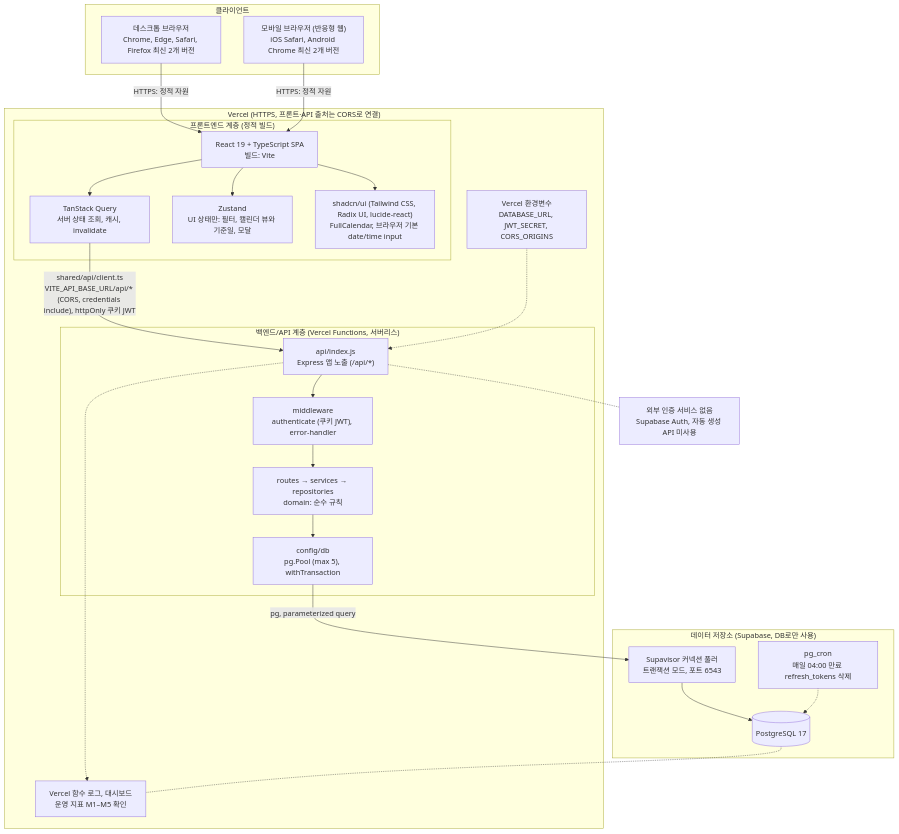
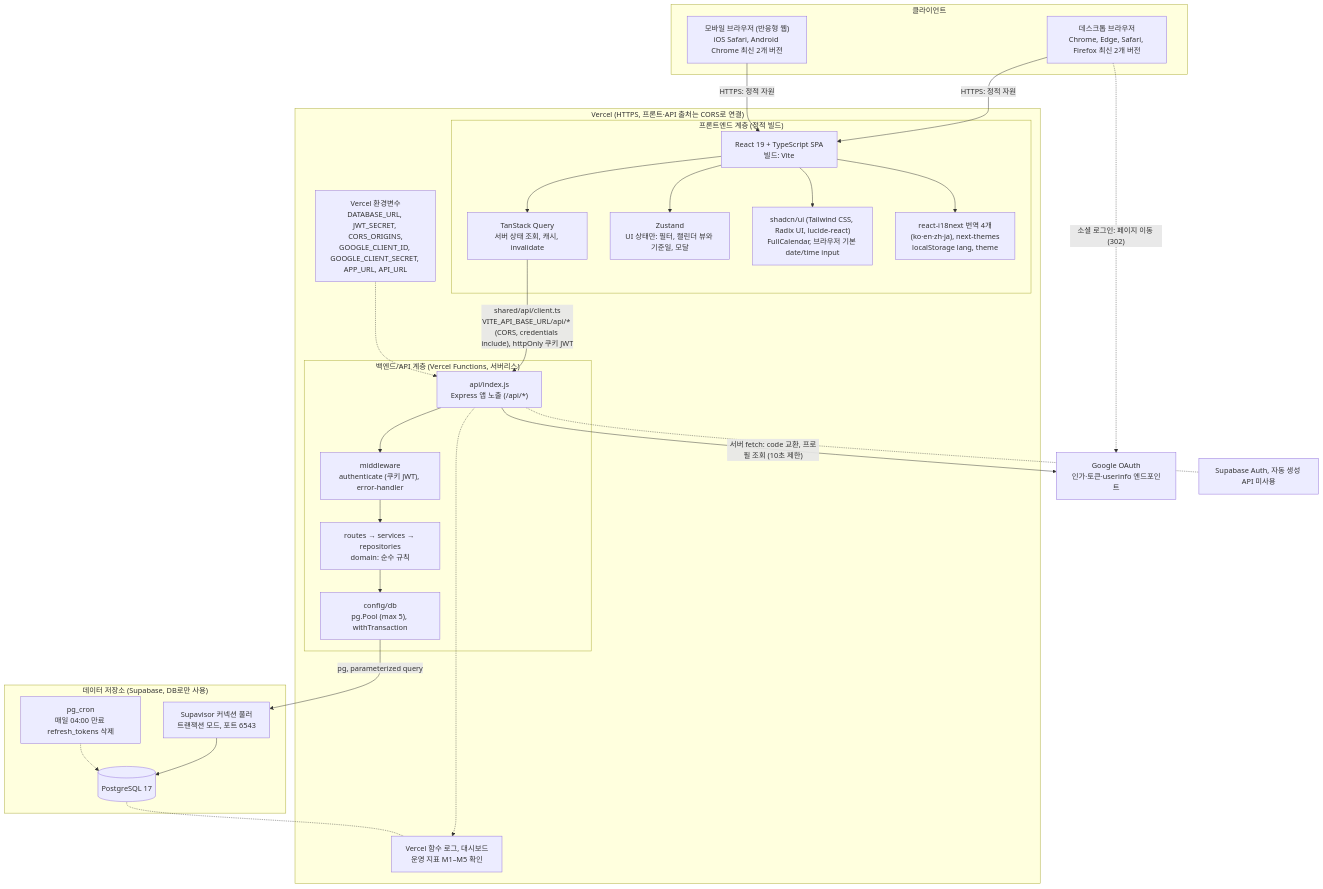
Before and after one commit to hjining-o/todolist-app: the first of 15 diagrams in docs/6-arch-diagram.md, drawn with Mermaid. The commit also changed other lines of this file and 9 other files, not shown here.

````diff
--- a/docs/6-arch-diagram.md
+++ b/docs/6-arch-diagram.md
@@ -47,49 +50,54 @@
 ```mermaid
 flowchart TB
     subgraph CL["클라이언트"]
         BR["데스크톱 브라우저<br/>Chrome, Edge, Safari, Firefox 최신 2개 버전"]
         MB["모바일 브라우저 (반응형 웹)<br/>iOS Safari, Android Chrome 최신 2개 버전"]
     end
 
     subgraph VC["Vercel (HTTPS, 프론트·API 출처는 CORS로 연결)"]
         subgraph FEL["프론트엔드 계층 (정적 빌드)"]
             SPA["React 19 + TypeScript SPA<br/>빌드: Vite"]
             TQ["TanStack Query<br/>서버 상태 조회, 캐시, invalidate"]
             ZS["Zustand<br/>UI 상태만: 필터, 캘린더 뷰와 기준일, 모달"]
             UI["shadcn/ui (Tailwind CSS, Radix UI, lucide-react)<br/>FullCalendar, 브라우저 기본 date/time input"]
+            I18["react-i18next 번역 4개(ko·en·zh·ja), next-themes<br/>localStorage lang, theme"]
         end
         subgraph BEL["백엔드/API 계층 (Vercel Functions, 서버리스)"]
             FN["api/index.js<br/>Express 앱 노출 (/api/*)"]
             MW["middleware<br/>authenticate (쿠키 JWT), error-handler"]
             RS["routes → services → repositories<br/>domain: 순수 규칙"]
             POOL["config/db<br/>pg.Pool (max 5), withTransaction"]
         end
-        ENV["Vercel 환경변수<br/>DATABASE_URL, JWT_SECRET, CORS_ORIGINS"]
+        ENV["Vercel 환경변수<br/>DATABASE_URL, JWT_SECRET, CORS_ORIGINS,<br/>GOOGLE_CLIENT_ID, GOOGLE_CLIENT_SECRET, APP_URL, API_URL"]
         LOG["Vercel 함수 로그, 대시보드<br/>운영 지표 M1–M5 확인"]
     end
 
     subgraph DS["데이터 저장소 (Supabase, DB로만 사용)"]
         SUP["Supavisor 커넥션 풀러<br/>트랜잭션 모드, 포트 6543"]
         PG[("PostgreSQL 17")]
         CRON["pg_cron<br/>매일 04:00 만료 refresh_tokens 삭제"]
     end
 
-    NOEXT["외부 인증 서비스 없음<br/>Supabase Auth, 자동 생성 API 미사용"]
+    GG["Google OAuth<br/>인가·토큰·userinfo 엔드포인트"]
+    NOEXT["Supabase Auth, 자동 생성 API 미사용"]
 
     BR -->|"HTTPS: 정적 자원"| SPA
     MB -->|"HTTPS: 정적 자원"| SPA
     SPA --> TQ
     SPA --> ZS
     SPA --> UI
+    SPA --> I18
+    BR -.->|"소셜 로그인: 페이지 이동 (302)"| GG
+    FN -->|"서버 fetch: code 교환, 프로필 조회 (10초 제한)"| GG
     TQ -->|"shared/api/client.ts<br/>VITE_API_BASE_URL/api/* (CORS, credentials include), httpOnly 쿠키 JWT"| FN
     FN --> MW
     MW --> RS
     RS --> POOL
     POOL -->|"pg, parameterized query"| SUP
     SUP --> PG
     CRON -.-> PG
     ENV -.-> FN
     FN -.-> LOG
     FN -.- NOEXT
     PG -.- LOG
 ```
````
